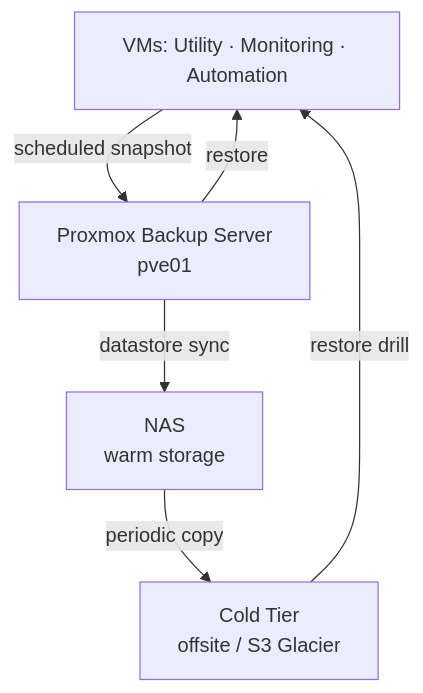
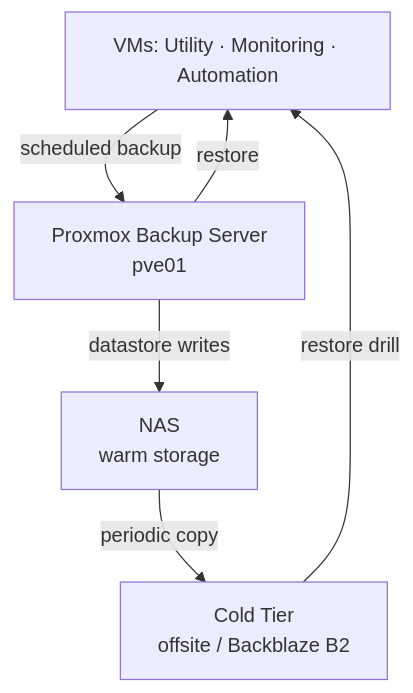
The fifth of 6 diagrams in docs/architecture/platform-diagram.md (alashe/platform-lab), drawn with Mermaid before and after one commit. The commit also changed other lines of this file and 8 other files, not shown here.

````diff
--- a/docs/architecture/platform-diagram.md
+++ b/docs/architecture/platform-diagram.md
@@ -154,14 +154,14 @@
 ```mermaid
 flowchart TD
   VMs["VMs: Utility · Monitoring · Automation"]
   PBS["Proxmox Backup Server\npve01"]
   NAS["NAS\nwarm storage"]
-  COLD["Cold Tier\noffsite / S3 Glacier"]
+  COLD["Cold Tier\noffsite / Backblaze B2"]
 
-  VMs -->|"scheduled snapshot"| PBS
-  PBS -->|"datastore sync"| NAS
+  VMs -->|"scheduled backup"| PBS
+  PBS -->|"datastore writes"| NAS
   NAS -->|"periodic copy"| COLD
 
   PBS -->|"restore"| VMs
   COLD -->|"restore drill"| VMs
 ```
````
